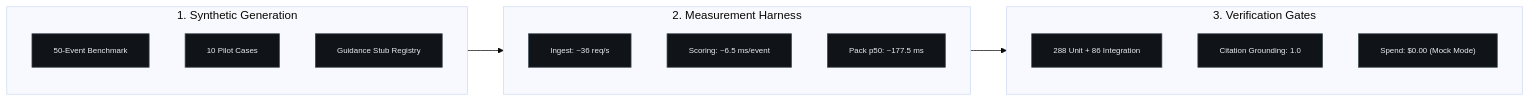
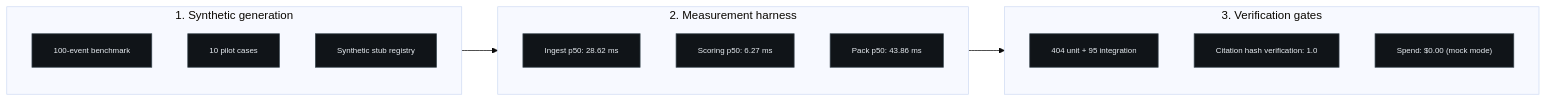
The diagram in EVALUATION.md (jeevesh2515/finsentinel-case-study), drawn with Mermaid (base theme) before and after one commit. The commit also changed other lines of this file and 12 other files, not shown here.

````diff
--- a/EVALUATION.md
+++ b/EVALUATION.md
@@ -19,28 +19,28 @@
 ```mermaid
 flowchart LR
-    subgraph DataGen["1. Synthetic Generation"]
+    subgraph DataGen["1. Synthetic generation"]
         direction TB
-        G1["50-Event Benchmark"]
-        G2["10 Pilot Cases"]
-        G3["Guidance Stub Registry"]
+        G1["100-event benchmark"]
+        G2["10 pilot cases"]
+        G3["Synthetic stub registry"]
     end
 
-    subgraph Harness["2. Measurement Harness"]
+    subgraph Harness["2. Measurement harness"]
         direction TB
-        H1["Ingest: ~36 req/s"]
-        H2["Scoring: ~6.5 ms/event"]
-        H3["Pack p50: ~177.5 ms"]
+        H1["Ingest p50: 28.62 ms"]
+        H2["Scoring p50: 6.27 ms"]
+        H3["Pack p50: 43.86 ms"]
     end
 
-    subgraph Gates["3. Verification Gates"]
+    subgraph Gates["3. Verification gates"]
         direction TB
-        V1["288 Unit + 86 Integration"]
-        V2["Citation Grounding: 1.0"]
-        V3["Spend: $0.00 (Mock Mode)"]
+        V1["404 unit + 95 integration"]
+        V2["Citation hash verification: 1.0"]
+        V3["Spend: $0.00 (mock mode)"]
     end
 
     DataGen --> Harness --> Gates
 
     classDef box fill:#101418,stroke:#3a4750,color:#e8edf2,font-size:11px;
     class G1,G2,G3,H1,H2,H3,V1,V2,V3 box;
 ```
````
